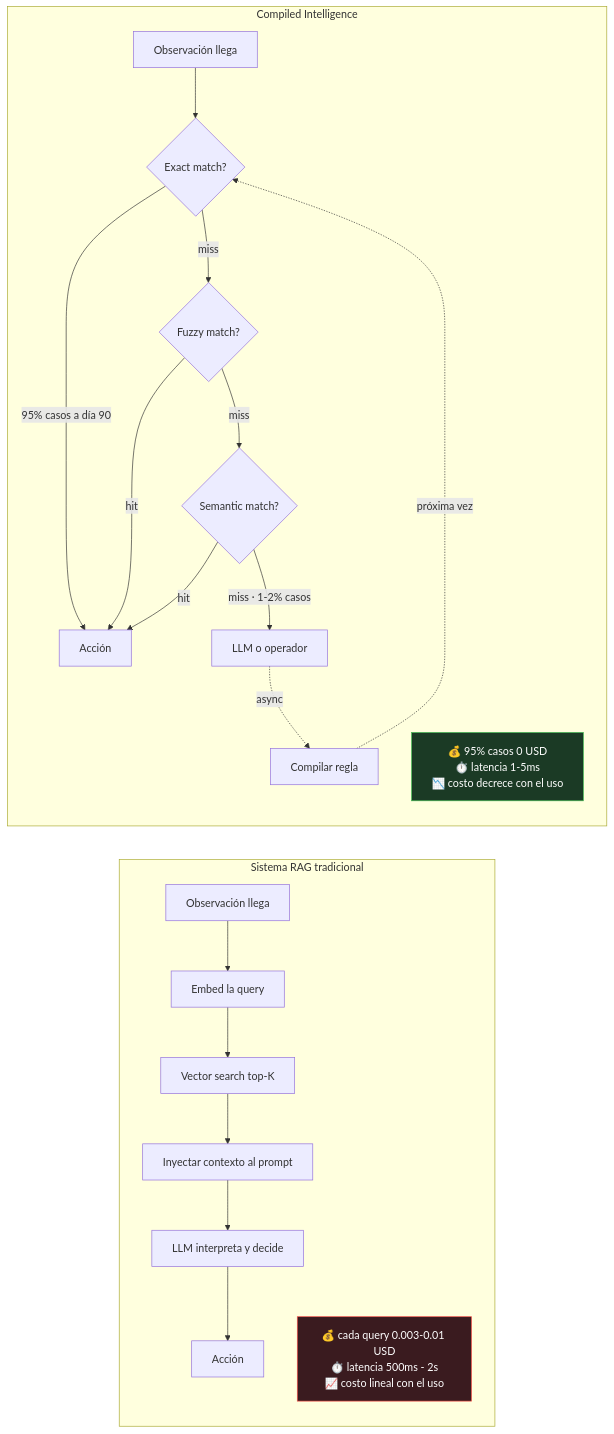
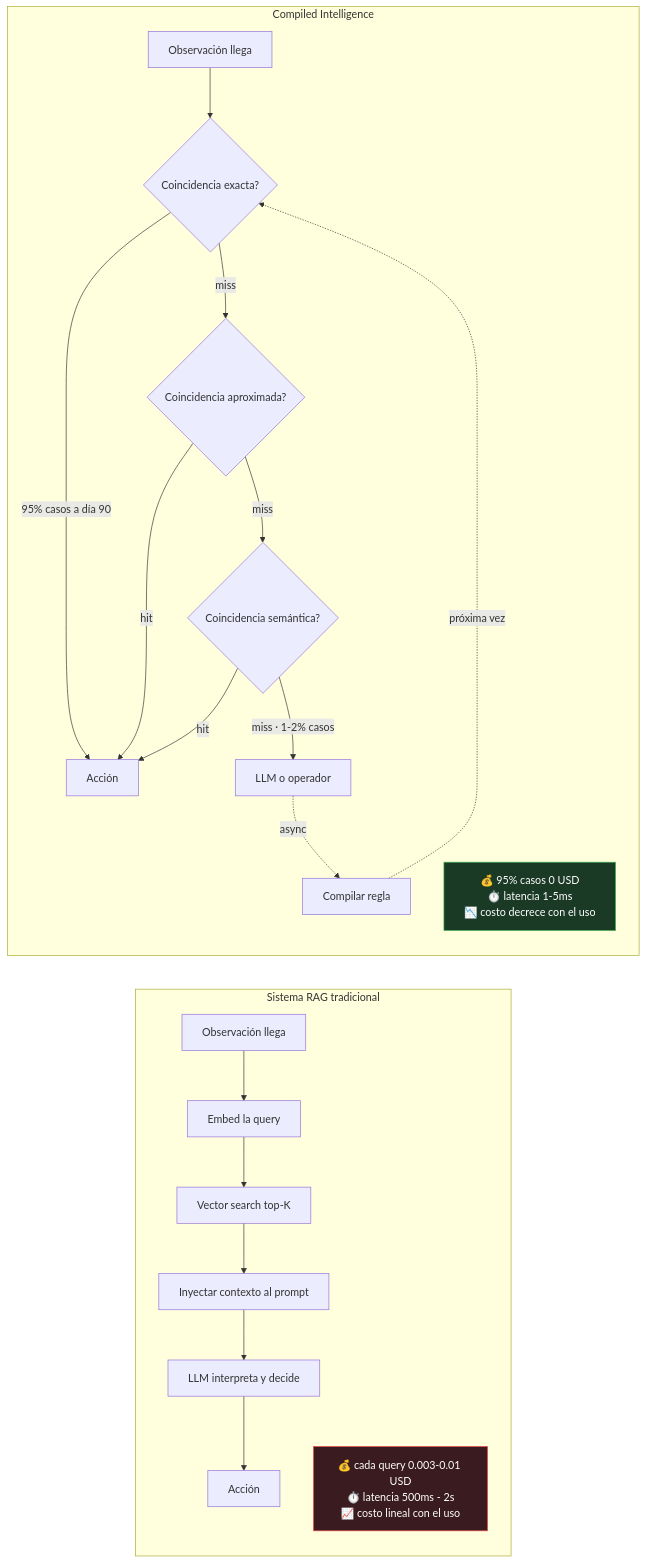
The fifth of 7 diagrams in submissions/agusting22-compiled-intelligence/ARCHITECTURE.md (fpesce27/workshop-challenge), drawn with Mermaid before and after one commit. The commit also changed other lines of this file and 2 other files, not shown here.

````diff
--- a/submissions/agusting22-compiled-intelligence/ARCHITECTURE.md
+++ b/submissions/agusting22-compiled-intelligence/ARCHITECTURE.md
@@ -509,31 +509,31 @@
 ```mermaid
 flowchart LR
     subgraph RAG["Sistema RAG tradicional"]
         direction TB
         R1[Observación llega] --> R2[Embed la query]
         R2 --> R3[Vector search top-K]
         R3 --> R4[Inyectar contexto al prompt]
         R4 --> R5[LLM interpreta y decide]
         R5 --> R6[Acción]
         R7["💰 cada query 0.003-0.01 USD<br/>⏱️ latencia 500ms - 2s<br/>📈 costo lineal con el uso"]
     end
 
     subgraph CI["Compiled Intelligence"]
         direction TB
-        C1[Observación llega] --> C2{Exact match?}
+        C1[Observación llega] --> C2{Coincidencia exacta?}
         C2 -->|95% casos a día 90| C3[Acción]
-        C2 -->|miss| C4{Fuzzy match?}
+        C2 -->|miss| C4{Coincidencia aproximada?}
         C4 -->|hit| C3
-        C4 -->|miss| C5{Semantic match?}
+        C4 -->|miss| C5{Coincidencia semántica?}
         C5 -->|hit| C3
         C5 -->|miss · 1-2% casos| C6[LLM o operador]
         C6 -.async.-> C7[Compilar regla]
         C7 -.próxima vez.-> C2
         C8["💰 95% casos 0 USD<br/>⏱️ latencia 1-5ms<br/>📉 costo decrece con el uso"]
     end
 
     classDef costly fill:#3a1b1f,stroke:#f85149,color:#fff
     classDef cheap  fill:#1b3a25,stroke:#3fb950,color:#fff
     class R7 costly
     class C8 cheap
 ```
````
